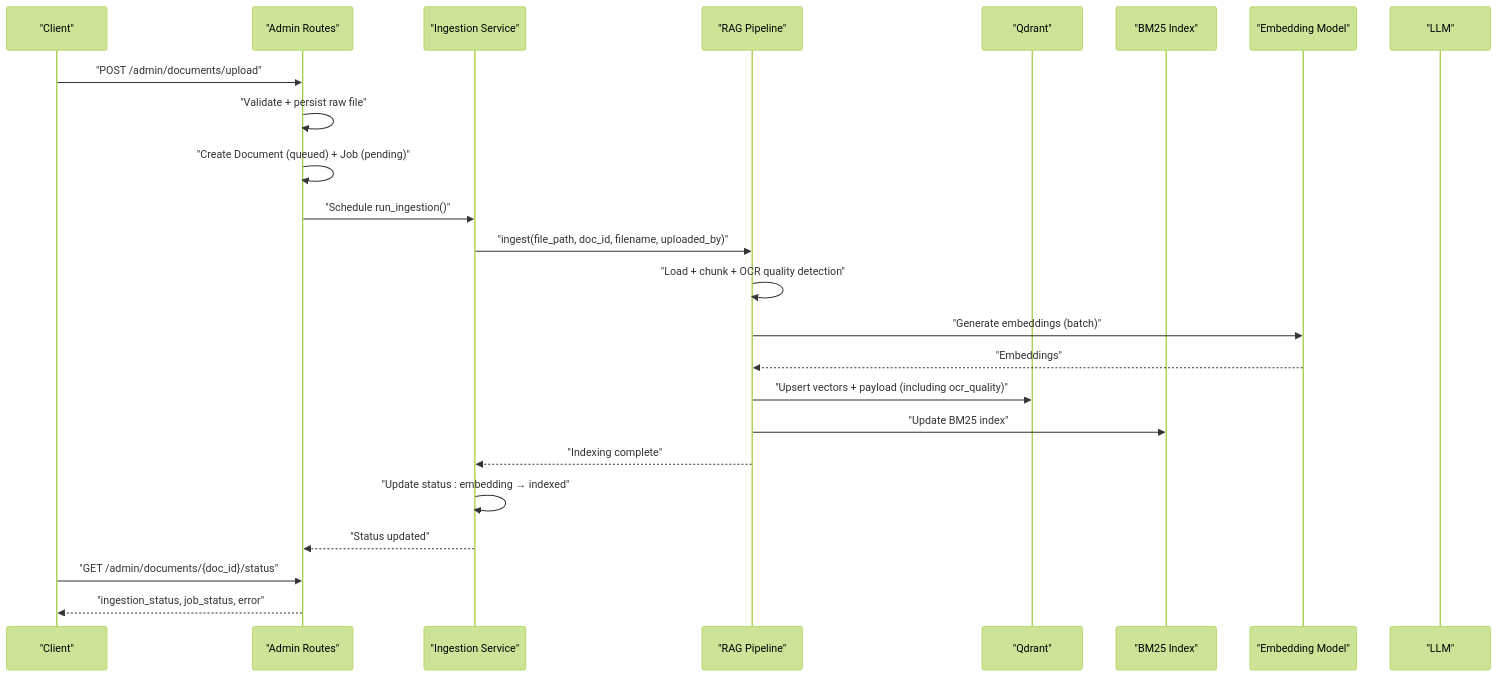
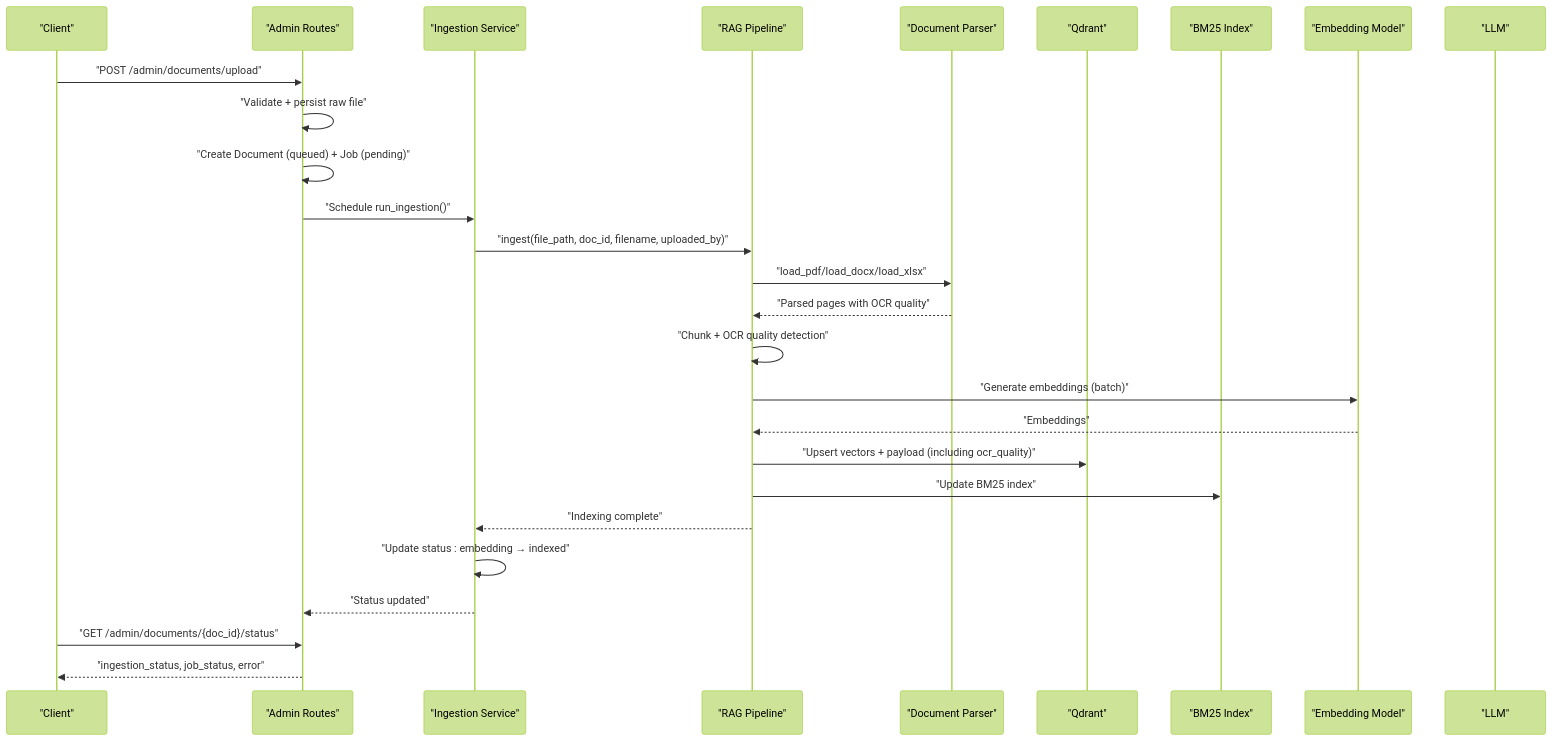
Before and after one commit to genes8/private-ai: the second of 12 diagrams in .qoder/repowiki/en/content/Document Processing System/Document Processing System.md, drawn with Mermaid (forest theme). The commit also changed other lines of this file and 55 other files, not shown here.

````diff
--- a/.qoder/repowiki/en/content/Document Processing System/Document Processing System.md
+++ b/.qoder/repowiki/en/content/Document Processing System/Document Processing System.md
@@ -148,26 +155,29 @@
 ```mermaid
 sequenceDiagram
 participant Client as "Client"
 participant API as "Admin Routes"
 participant Ingest as "Ingestion Service"
 participant Pipe as "RAG Pipeline"
+participant Parser as "Document Parser"
 participant QD as "Qdrant"
 participant BM as "BM25 Index"
 participant ENC as "Embedding Model"
 participant LLM as "LLM"
 Client->>API : "POST /admin/documents/upload"
 API->>API : "Validate + persist raw file"
 API->>API : "Create Document (queued) + Job (pending)"
 API->>Ingest : "Schedule run_ingestion()"
 Ingest->>Pipe : "ingest(file_path, doc_id, filename, uploaded_by)"
-Pipe->>Pipe : "Load + chunk + OCR quality detection"
+Pipe->>Parser : "load_pdf/load_docx/load_xlsx"
+Parser-->>Pipe : "Parsed pages with OCR quality"
+Pipe->>Pipe : "Chunk + OCR quality detection"
 Pipe->>ENC : "Generate embeddings (batch)"
 ENC-->>Pipe : "Embeddings"
 Pipe->>QD : "Upsert vectors + payload (including ocr_quality)"
 Pipe->>BM : "Update BM25 index"
 Pipe-->>Ingest : "Indexing complete"
 Ingest->>Ingest : "Update status : embedding → indexed"
 Ingest-->>API : "Status updated"
 Client->>API : "GET /admin/documents/{doc_id}/status"
 API-->>Client : "ingestion_status, job_status, error"
 ```
````
